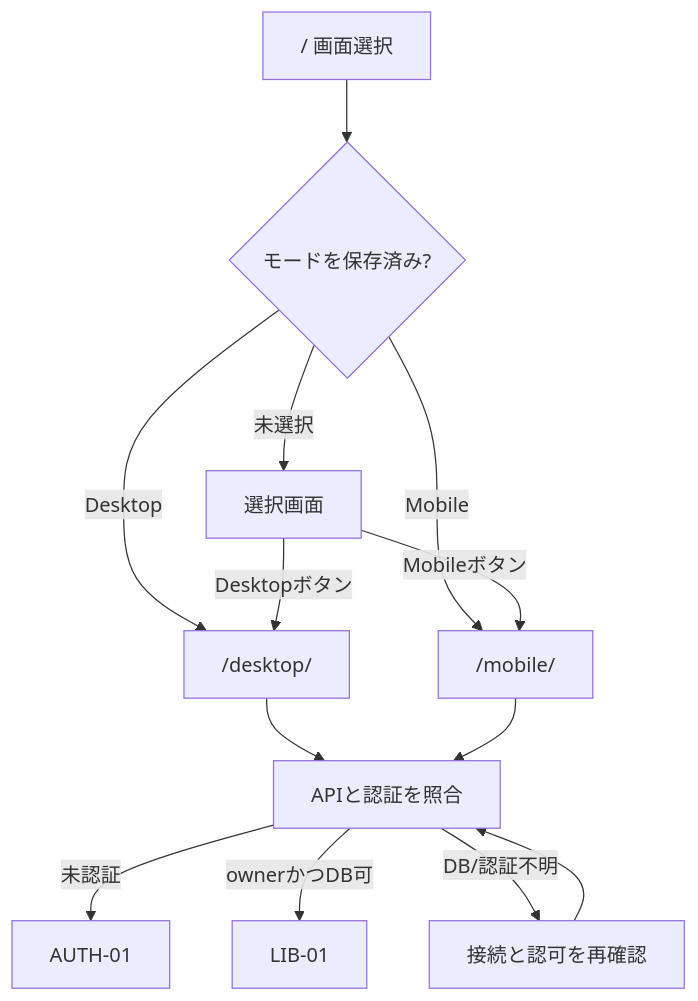
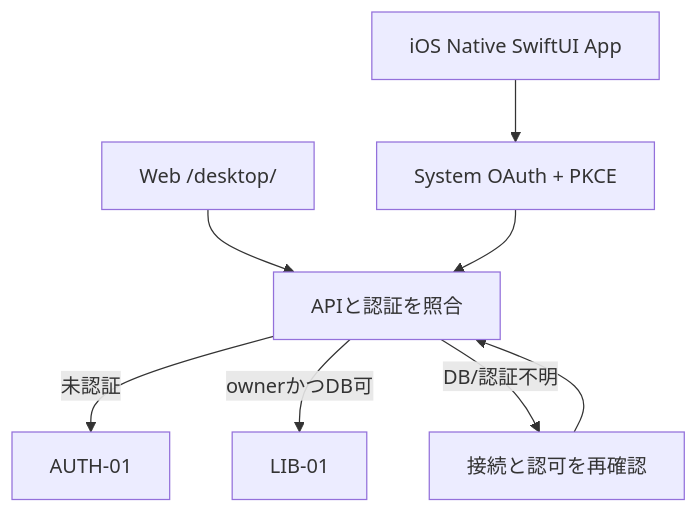
One commit to yohn-jp/codexia changed the first of 27 diagrams in docs/design/SCREEN-STATE-ATLAS.md. Above: the diagram before and after it, drawn with Mermaid. The commit also changed other lines of this file and 2 other files, not shown here.

Commit message:
docs: update screen catalog and state atlas for native iOS entry

````diff
--- a/docs/design/SCREEN-STATE-ATLAS.md
+++ b/docs/design/SCREEN-STATE-ATLAS.md
@@ -9,15 +9,10 @@
 ```mermaid
 flowchart TD
-    START["/ 画面選択"] --> REMEMBER{"モードを保存済み?"}
-    REMEMBER -->|Desktop| DESKTOP["/desktop/"]
-    REMEMBER -->|Mobile| MOBILE["/mobile/"]
-    REMEMBER -->|未選択| PICK["選択画面"]
-    PICK -->|Desktopボタン| DESKTOP
-    PICK -->|Mobileボタン| MOBILE
-    DESKTOP --> SESSION["APIと認証を照合"]
-    MOBILE --> SESSION
+    WEB["Web /desktop/"] --> SESSION["APIと認証を照合"]
+    IOS["iOS Native SwiftUI App"] --> PKCE["System OAuth + PKCE"]
+    PKCE --> SESSION
     SESSION -->|未認証| SIGNIN["AUTH-01"]
     SESSION -->|ownerかつDB可| LIBRARY["LIB-01"]
     SESSION -->|DB/認証不明| RETRY["接続と認可を再確認"]
     RETRY --> SESSION
 ```
````
